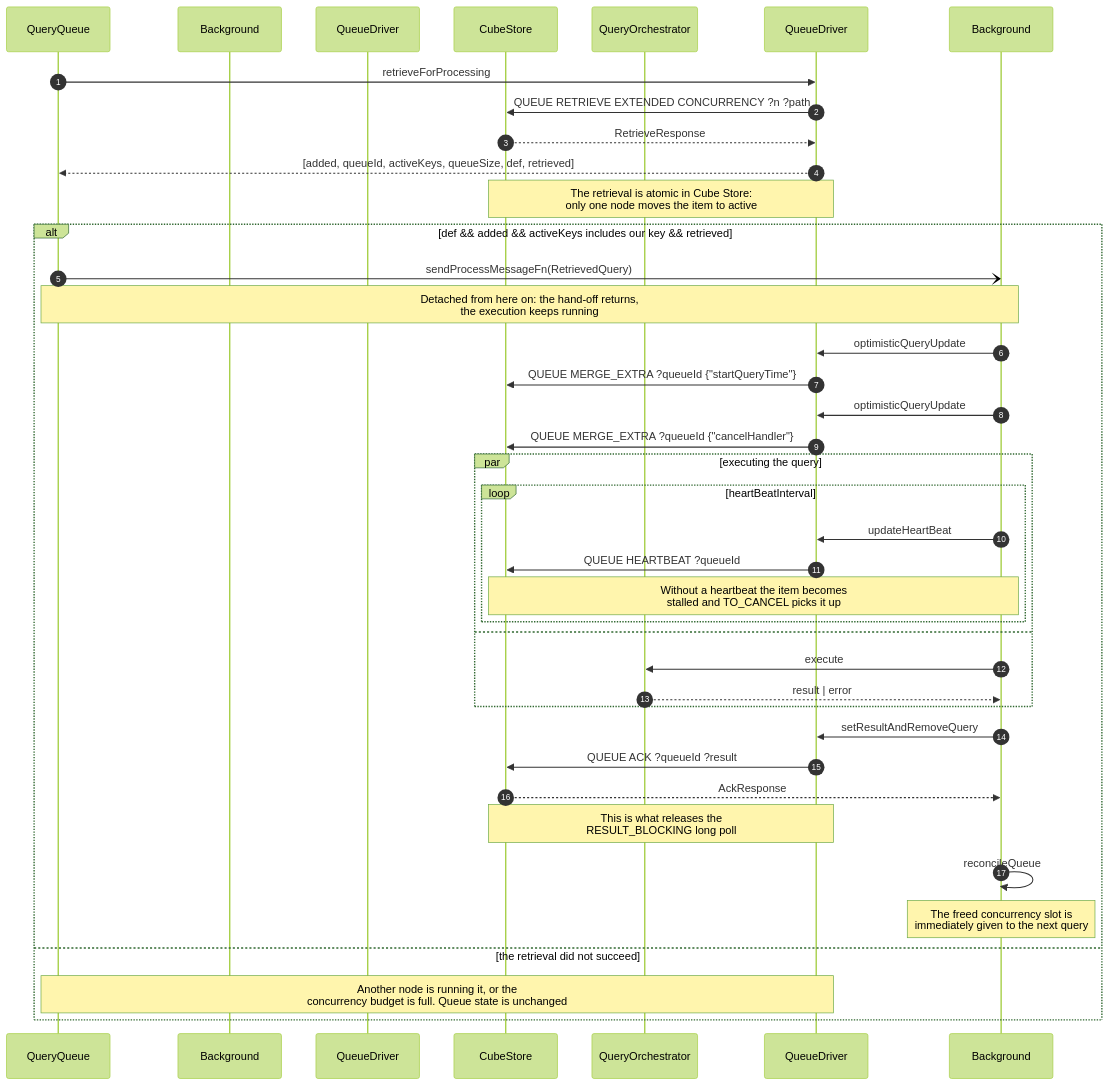
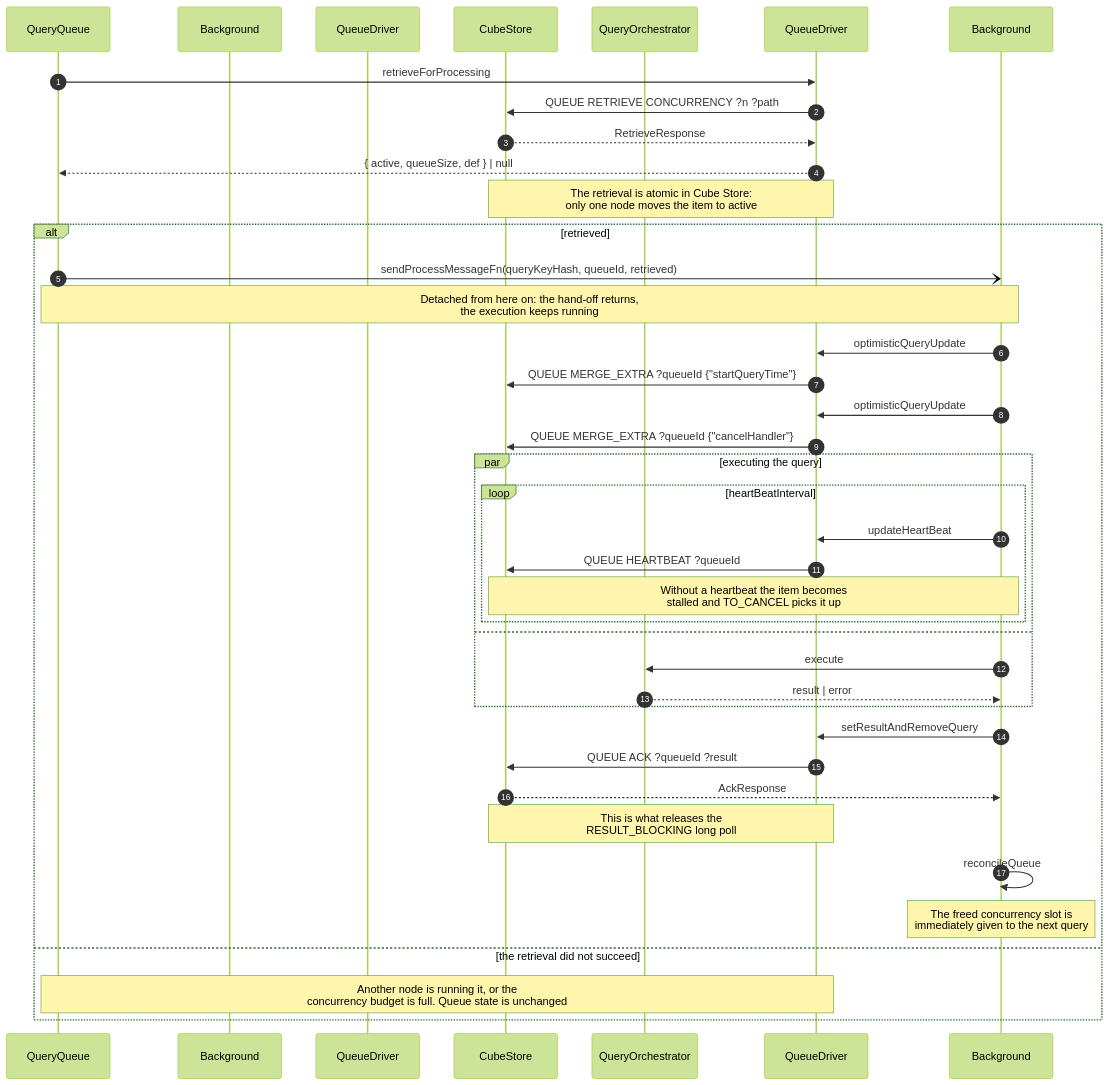
One commit to cube-js/cube changed the third of 4 diagrams in packages/cubejs-query-orchestrator/DEVELOPMENT.md. Above: the diagram before and after it, drawn with Mermaid (forest theme). The commit also changed other lines of this file and 1 other file, not shown here.

Commit message:
fix(cubestore-driver): use non-extended queue retrieval

````diff
--- a/packages/cubejs-query-orchestrator/DEVELOPMENT.md
+++ b/packages/cubejs-query-orchestrator/DEVELOPMENT.md
@@ -214,47 +215,47 @@
 ```mermaid
 sequenceDiagram
     autonumber
     participant QueryQueue
     participant BackgroundQueryQueue as Background
     participant QueueDriverInterface as QueueDriver
     participant CubeStore
     participant QueryOrchestrator
 
     QueryQueue->>QueueDriver: retrieveForProcessing
-    QueueDriver->>CubeStore: QUEUE RETRIEVE EXTENDED CONCURRENCY ?n ?path
+    QueueDriver->>CubeStore: QUEUE RETRIEVE CONCURRENCY ?n ?path
     CubeStore-->>QueueDriver: RetrieveResponse
-    QueueDriver-->>QueryQueue: [added, queueId, activeKeys, queueSize, def, retrieved]
+    QueueDriver-->>QueryQueue: { active, queueSize, def } | null
     Note over QueueDriver,CubeStore: The retrieval is atomic in Cube Store:<br/>only one node moves the item to active
 
-    alt def && added && activeKeys includes our key && retrieved
-        QueryQueue-)Background: sendProcessMessageFn(RetrievedQuery)
+    alt retrieved
+        QueryQueue-)Background: sendProcessMessageFn(queryKeyHash, queueId, retrieved)
         Note over QueryQueue,Background: Detached from here on: the hand-off returns,<br/>the execution keeps running
 
         Background->>QueueDriver: optimisticQueryUpdate
         QueueDriver->>CubeStore: QUEUE MERGE_EXTRA ?queueId {"startQueryTime"}
 
         Background->>QueueDriver: optimisticQueryUpdate
         QueueDriver->>CubeStore: QUEUE MERGE_EXTRA ?queueId {"cancelHandler"}
 
         par executing the query
             loop heartBeatInterval
                 Background->>QueueDriver: updateHeartBeat
                 QueueDriver->>CubeStore: QUEUE HEARTBEAT ?queueId
                 Note over Background,CubeStore: Without a heartbeat the item becomes<br/>stalled and TO_CANCEL picks it up
             end
         and
             Background->>QueryOrchestrator: execute
             QueryOrchestrator-->>Background: result | error
         end
 
         Background->>QueueDriver: setResultAndRemoveQuery
         QueueDriver->>CubeStore: QUEUE ACK ?queueId ?result
         CubeStore-->>Background: AckResponse
         Note over QueueDriver,CubeStore: This is what releases the<br/>RESULT_BLOCKING long poll
 
         Background->>Background: reconcileQueue
         Note over Background: The freed concurrency slot is<br/>immediately given to the next query
     else the retrieval did not succeed
         Note over QueryQueue,QueueDriver: Another node is running it, or the<br/>concurrency budget is full. Queue state is unchanged
     end
 ```
````
